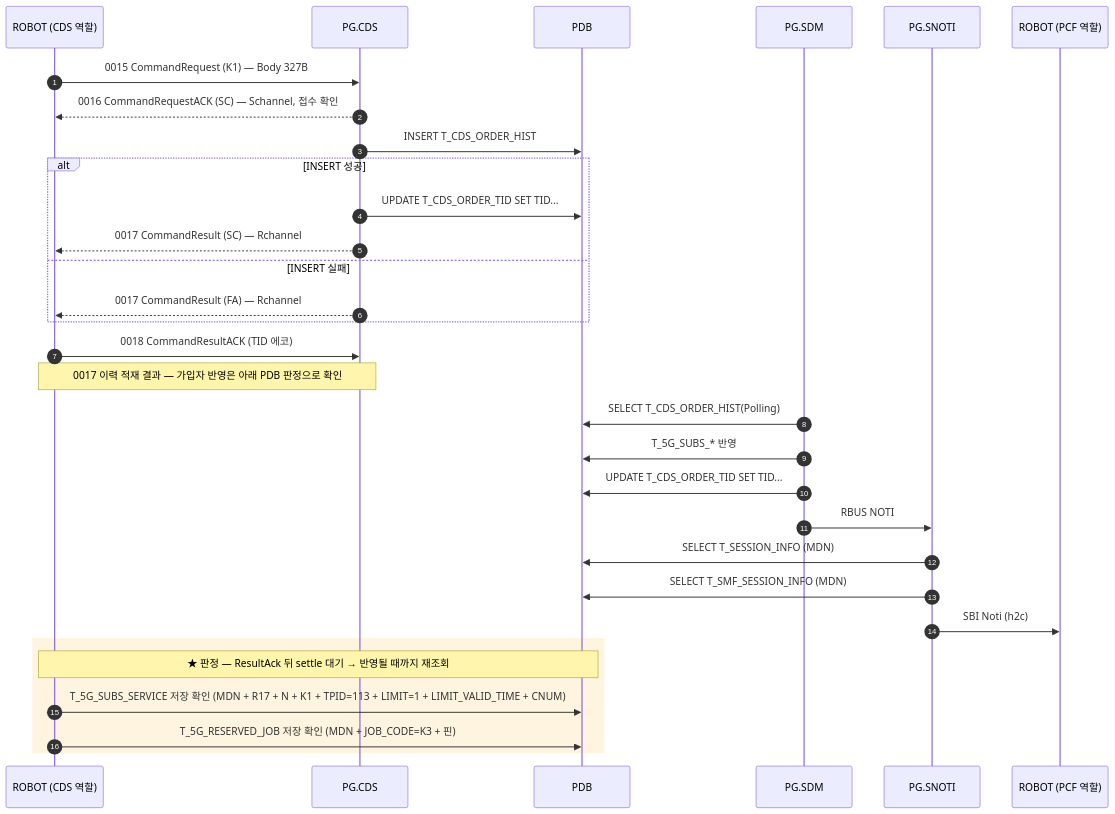
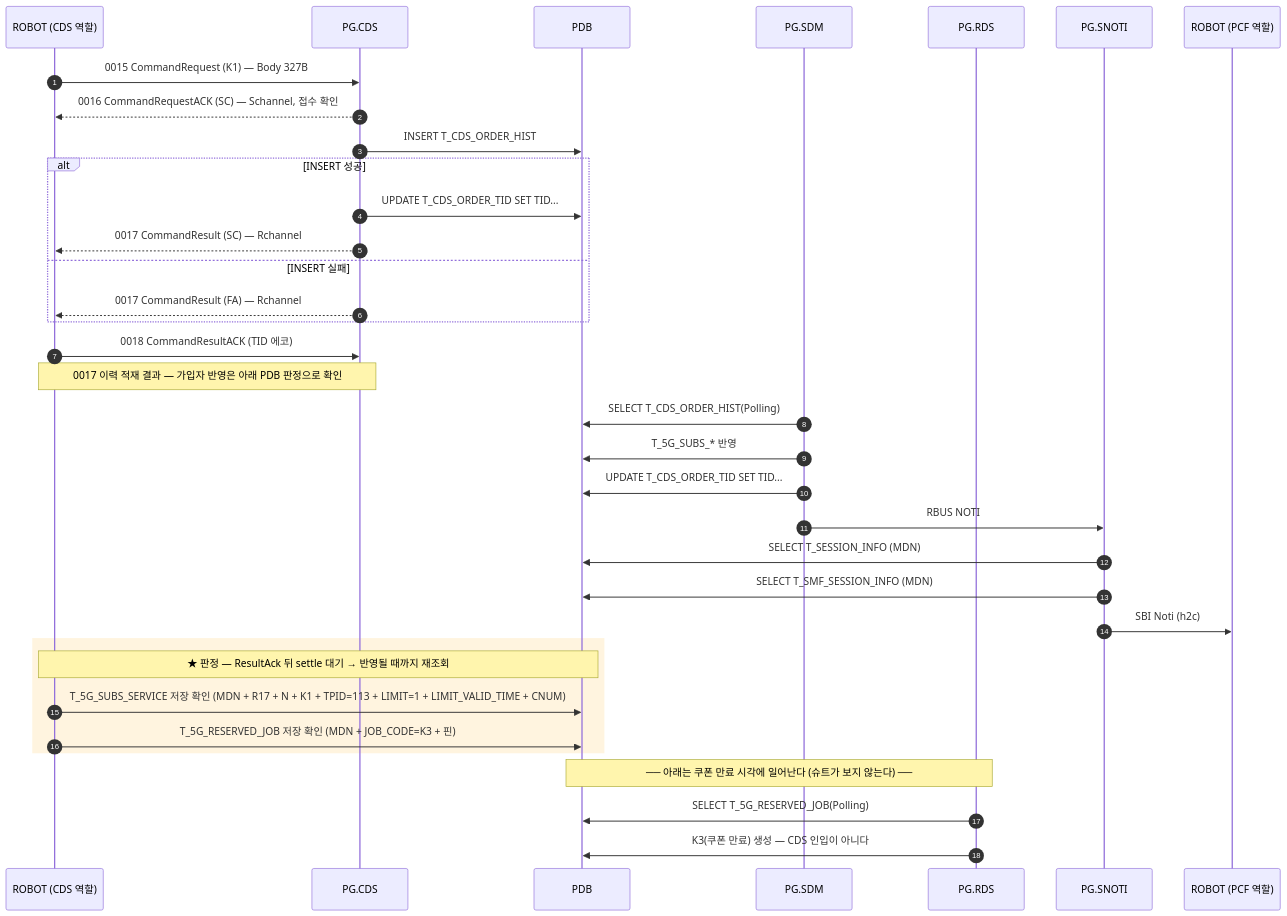
The diagram in docs/callflow/CDS_K1.md (IanKim2030/tc4robot), drawn with Mermaid before and after one commit. The commit also changed other lines of this file and 7 other files, not shown here.

First line of the commit message:
docs: K3 는 CDS 인입이 아니다 — 시트를 빼고 K1 에 적는다

````diff
--- a/docs/callflow/CDS_K1.md
+++ b/docs/callflow/CDS_K1.md
@@ -17,35 +17,40 @@
 ```mermaid
 sequenceDiagram
     autonumber
     participant TOOL as ROBOT (CDS 역할)
     participant PCDS as PG.CDS
     participant PDB as PDB
     participant SDM as PG.SDM
+    participant RDS as PG.RDS
     participant SNOTI as PG.SNOTI
     participant PCF as ROBOT (PCF 역할)
 
     TOOL->>PCDS: 0015 CommandRequest (K1) — Body 327B
     PCDS-->>TOOL: 0016 CommandRequestACK (SC) — Schannel, 접수 확인
     PCDS->>PDB: INSERT T_CDS_ORDER_HIST
     alt INSERT 성공
         PCDS->>PDB: UPDATE T_CDS_ORDER_TID SET TID...
         PCDS-->>TOOL: 0017 CommandResult (SC) — Rchannel
     else INSERT 실패
         PCDS-->>TOOL: 0017 CommandResult (FA) — Rchannel
     end
     TOOL->>PCDS: 0018 CommandResultACK (TID 에코)
     Note over TOOL,PCDS: 0017 이력 적재 결과 — 가입자 반영은 아래 PDB 판정으로 확인
 
     SDM->>PDB: SELECT T_CDS_ORDER_HIST(Polling)
     SDM->>PDB: T_5G_SUBS_* 반영
     SDM->>PDB: UPDATE T_CDS_ORDER_TID SET TID...
     SDM->>SNOTI: RBUS NOTI
     SNOTI->>PDB: SELECT T_SESSION_INFO (MDN)
     SNOTI->>PDB: SELECT T_SMF_SESSION_INFO (MDN)
     SNOTI->>PCF: SBI Noti (h2c)
     rect rgba(255, 176, 32, 0.14)
     Note over TOOL,PDB: ★ 판정 — ResultAck 뒤 settle 대기 → 반영될 때까지 재조회
         TOOL->>PDB: T_5G_SUBS_SERVICE 저장 확인 (MDN + R17 + N + K1 + TPID=113 + LIMIT=1 + LIMIT_VALID_TIME + CNUM)
         TOOL->>PDB: T_5G_RESERVED_JOB 저장 확인 (MDN + JOB_CODE=K3 + 핀)
     end
+
+    Note over PDB,RDS: ── 아래는 쿠폰 만료 시각에 일어난다 (슈트가 보지 않는다) ──
+    RDS->>PDB: SELECT T_5G_RESERVED_JOB(Polling)
+    RDS->>PDB: K3(쿠폰 만료) 생성 — CDS 인입이 아니다
 ```
````
